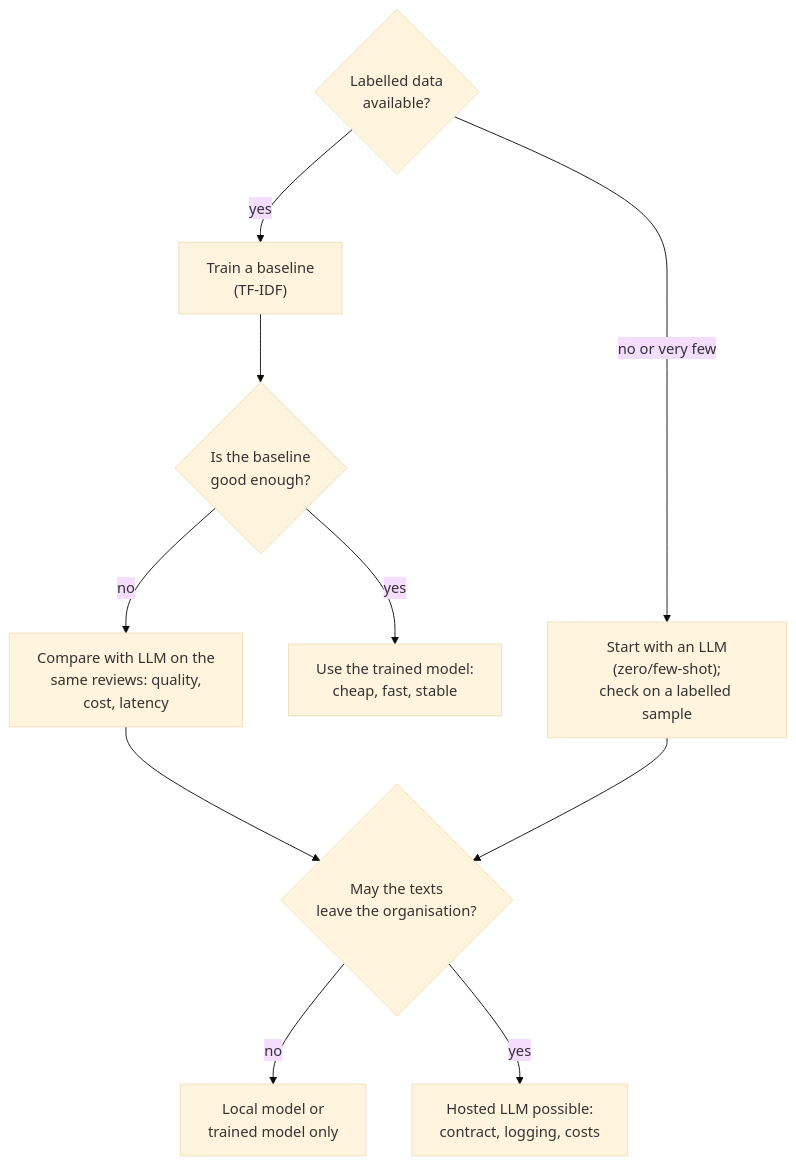
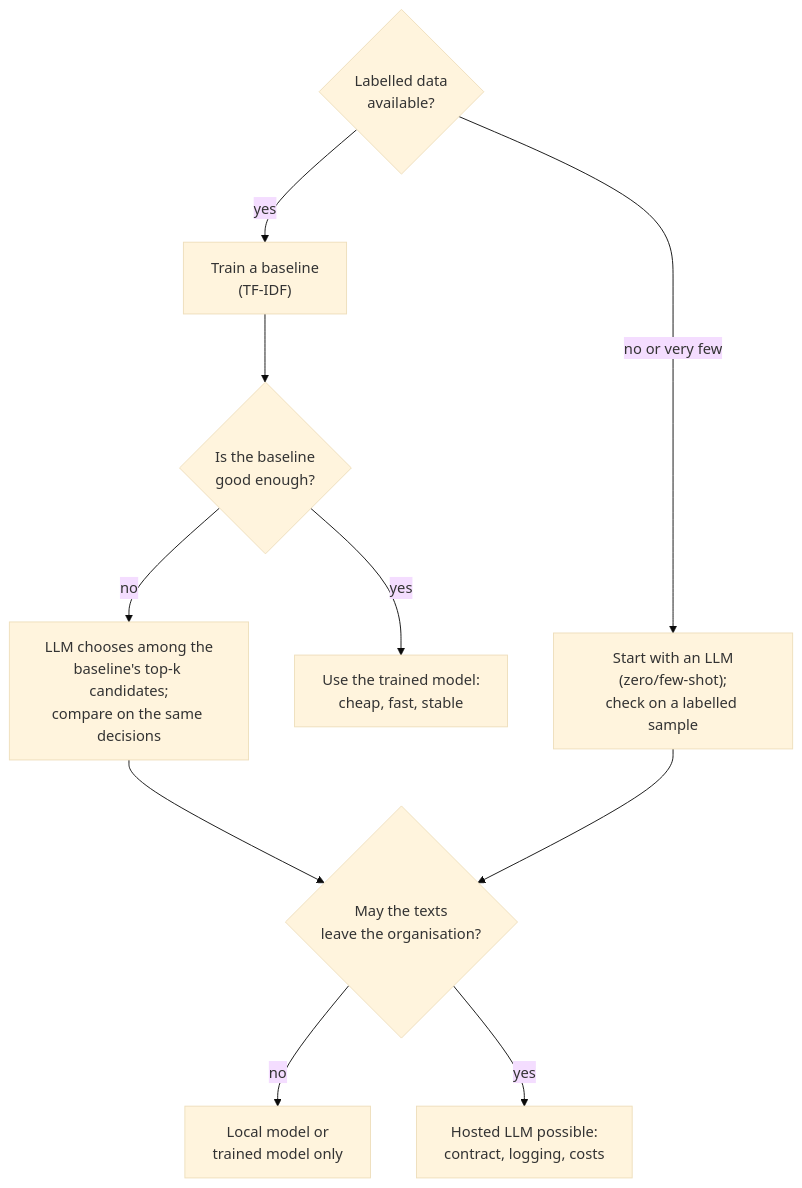
The second of 2 diagrams in sessions/14-llms-and-embeddings/theory/03-generative-models-through-an-api.md (khoadaniel/statistical-programming-mpmd-htw-ws-2026), drawn with Mermaid (base theme) before and after one commit. The commit also changed other lines of this file and 268 other files, not shown here.

````diff
--- a/sessions/14-llms-and-embeddings/theory/03-generative-models-through-an-api.md
+++ b/sessions/14-llms-and-embeddings/theory/03-generative-models-through-an-api.md
@@ -255,12 +283,12 @@
 ```mermaid
 flowchart TD
     A{"Labelled data<br/>available?"} -->|"no or very few"| L["Start with an LLM<br/>(zero/few-shot);<br/>check on a labelled sample"]
     A -->|yes| B["Train a baseline<br/>(TF-IDF)"]
     B --> C{"Is the baseline<br/>good enough?"}
     C -->|yes| D["Use the trained model:<br/>cheap, fast, stable"]
-    C -->|no| E["Compare with LLM on the<br/>same reviews: quality,<br/>cost, latency"]
+    C -->|no| E["LLM chooses among the<br/>baseline's top-k candidates;<br/>compare on the same decisions"]
     E --> F{"May the texts<br/>leave the organisation?"}
     F -->|no| G["Local model or<br/>trained model only"]
     F -->|yes| H["Hosted LLM possible:<br/>contract, logging, costs"]
     L --> F
 ```
````
